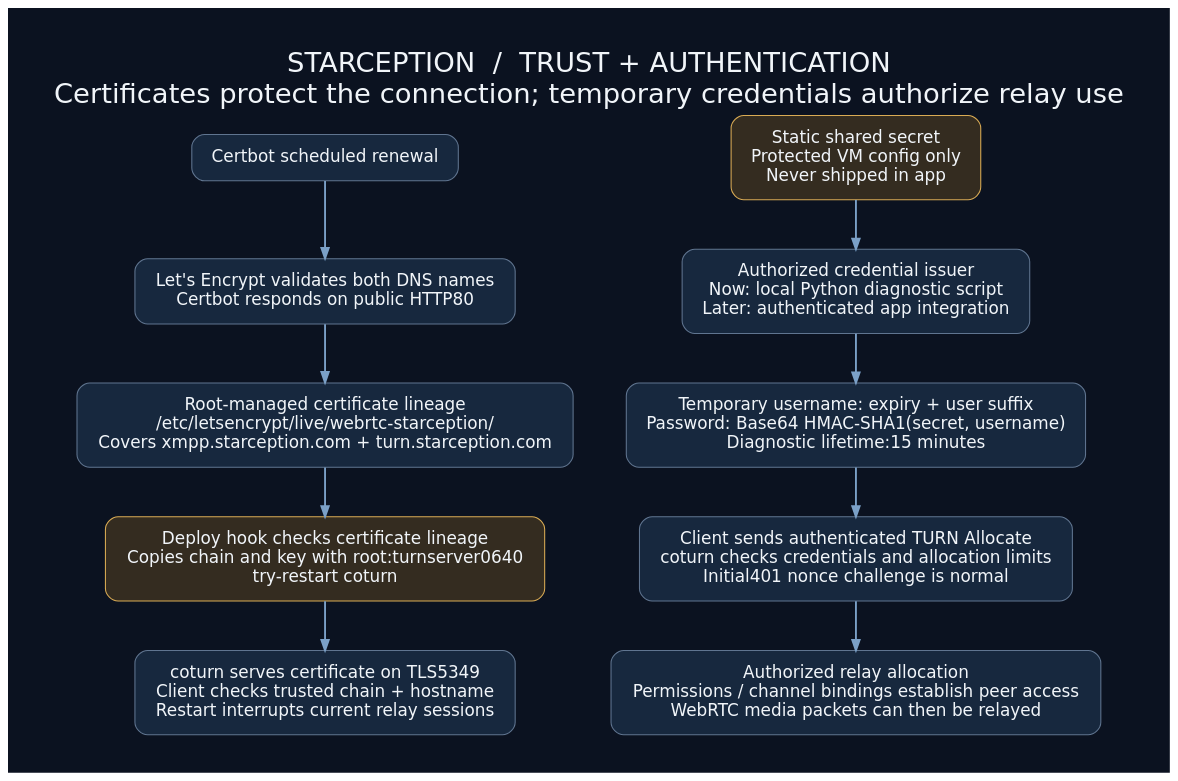
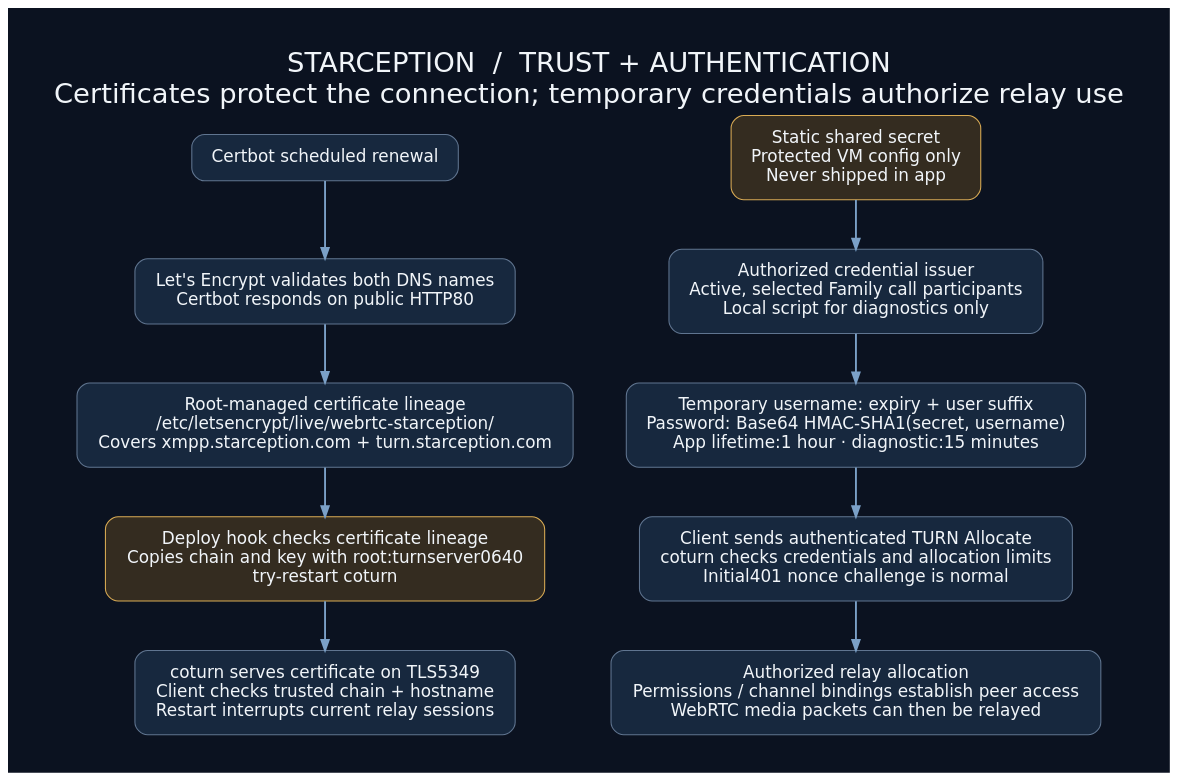
Before and after one commit to nazmul-cs-us/nowinandroid: the diagram in docs/images/calling/certificates-and-auth.dot, drawn with Graphviz. The commit also changed 14 other files, not shown here.

```diff
--- a/docs/images/calling/certificates-and-auth.dot
+++ b/docs/images/calling/certificates-and-auth.dot
@@ -1,28 +1,28 @@
 digraph Lifecycle {
  graph [rankdir=TB,bgcolor="#0B1220",pad="0.5",nodesep="0.7",ranksep="0.65",fontname="DejaVu Sans",fontcolor="#F1F5F9",fontsize=26,label="STARCEPTION  /  TRUST + AUTHENTICATION\nCertificates protect the connection; temporary credentials authorize relay use",labelloc=t];
  node [shape=box,style="rounded,filled",fontname="DejaVu Sans",fontsize=16,fontcolor="#F1F5F9",color="#607590",fillcolor="#17283E",margin="0.25,0.18"];
  edge [fontname="DejaVu Sans",fontsize=13,fontcolor="#BED0E5",color="#7BA0C7",penwidth=1.8];
  subgraph cluster_cert {
  label="A  CERTIFICATE LIFECYCLE  /  installed; renewal test pending";fontcolor="#B9D8F8";fontsize=18;color="#537697";style=rounded;margin=24;
  timer [label="Certbot scheduled renewal"];
  validation [label="Let's Encrypt validates both DNS names\nCertbot responds on public HTTP80"];
  lineage [label="Root-managed certificate lineage\n/etc/letsencrypt/live/webrtc-starception/\nCovers xmpp.starception.com + turn.starception.com"];
  hook [label="Deploy hook checks certificate lineage\nCopies chain and key with root:turnserver0640\ntry-restart coturn",fillcolor="#342C20",color="#D9AB54"];
  served [label="coturn serves certificate on TLS5349\nClient checks trusted chain + hostname\nRestart interrupts current relay sessions"];
  timer -> validation -> lineage -> hook -> served;
  }
  subgraph cluster_auth {
- label="B  TURN AUTHENTICATION  /  manual test now; app issuer planned";fontcolor="#E8D49E";fontsize=18;color="#887245";style=rounded;margin=24;
+ label="B  TURN AUTHENTICATION  /  authenticated Family issuer deployed";fontcolor="#E8D49E";fontsize=18;color="#887245";style=rounded;margin=24;
  secret [label="Static shared secret\nProtected VM config only\nNever shipped in app",fillcolor="#342C20",color="#D9AB54"];
- issuer [label="Authorized credential issuer\nNow: local Python diagnostic script\nLater: authenticated app integration"];
- temp [label="Temporary username: expiry + user suffix\nPassword: Base64 HMAC-SHA1(secret, username)\nDiagnostic lifetime:15 minutes"];
+ issuer [label="Authorized credential issuer\nActive, selected Family call participants\nLocal script for diagnostics only"];
+ temp [label="Temporary username: expiry + user suffix\nPassword: Base64 HMAC-SHA1(secret, username)\nApp lifetime:1 hour · diagnostic:15 minutes"];
  allocate [label="Client sends authenticated TURN Allocate\ncoturn checks credentials and allocation limits\nInitial401 nonce challenge is normal"];
  media [label="Authorized relay allocation\nPermissions / channel bindings establish peer access\nWebRTC media packets can then be relayed"];
  secret -> issuer -> temp -> allocate -> media;
  }
  {rank=same;timer;secret;}
  {rank=same;validation;issuer;}
  {rank=same;lineage;temp;}
  {rank=same;hook;allocate;}
  {rank=same;served;media;}
 }
```
